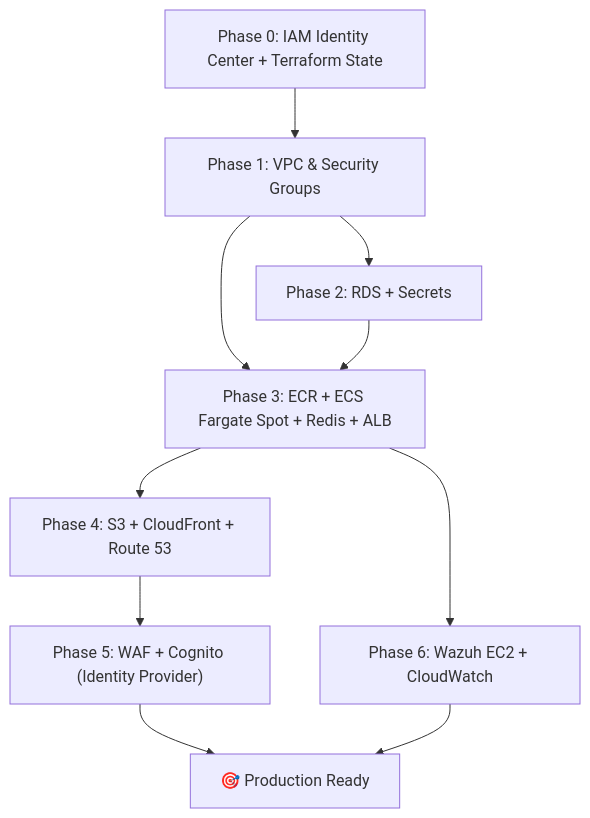
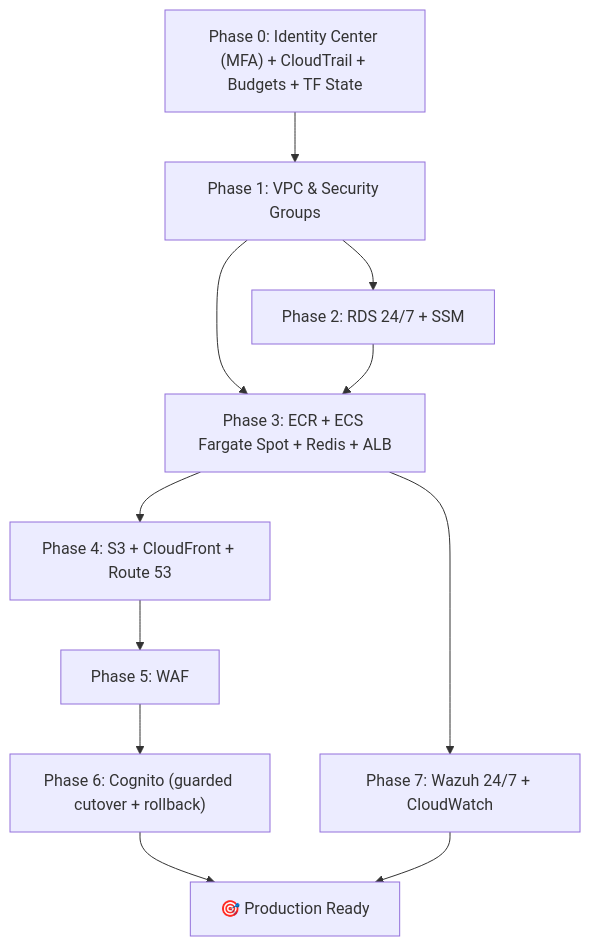
One commit to VanThinh512/SaaS-HR-Multi-tenant changed the diagram in implementation_plan.md. Above: the diagram before and after it, drawn with Mermaid. The commit also changed other lines of this file and 5 other files, not shown here.

Commit message:
update architect 2

````diff
--- a/implementation_plan.md
+++ b/implementation_plan.md
@@ -408,12 +354,13 @@
 ```mermaid
 graph TD
-    P0["Phase 0: IAM Identity Center + Terraform State"] --> P1["Phase 1: VPC & Security Groups"]
-    P1 --> P2["Phase 2: RDS + Secrets"]
+    P0["Phase 0: Identity Center (MFA) + CloudTrail + Budgets + TF State"] --> P1["Phase 1: VPC & Security Groups"]
+    P1 --> P2["Phase 2: RDS 24/7 + SSM"]
     P1 --> P3["Phase 3: ECR + ECS Fargate Spot + Redis + ALB"]
     P2 --> P3
     P3 --> P4["Phase 4: S3 + CloudFront + Route 53"]
-    P4 --> P5["Phase 5: WAF + Cognito (Identity Provider)"]
-    P3 --> P6["Phase 6: Wazuh EC2 + CloudWatch"]
-    P5 --> P7["🎯 Production Ready"]
-    P6 --> P7
+    P4 --> P5["Phase 5: WAF"]
+    P5 --> P6["Phase 6: Cognito (guarded cutover + rollback)"]
+    P3 --> P7["Phase 7: Wazuh 24/7 + CloudWatch"]
+    P6 --> P8["🎯 Production Ready"]
+    P7 --> P8
 ```
````
